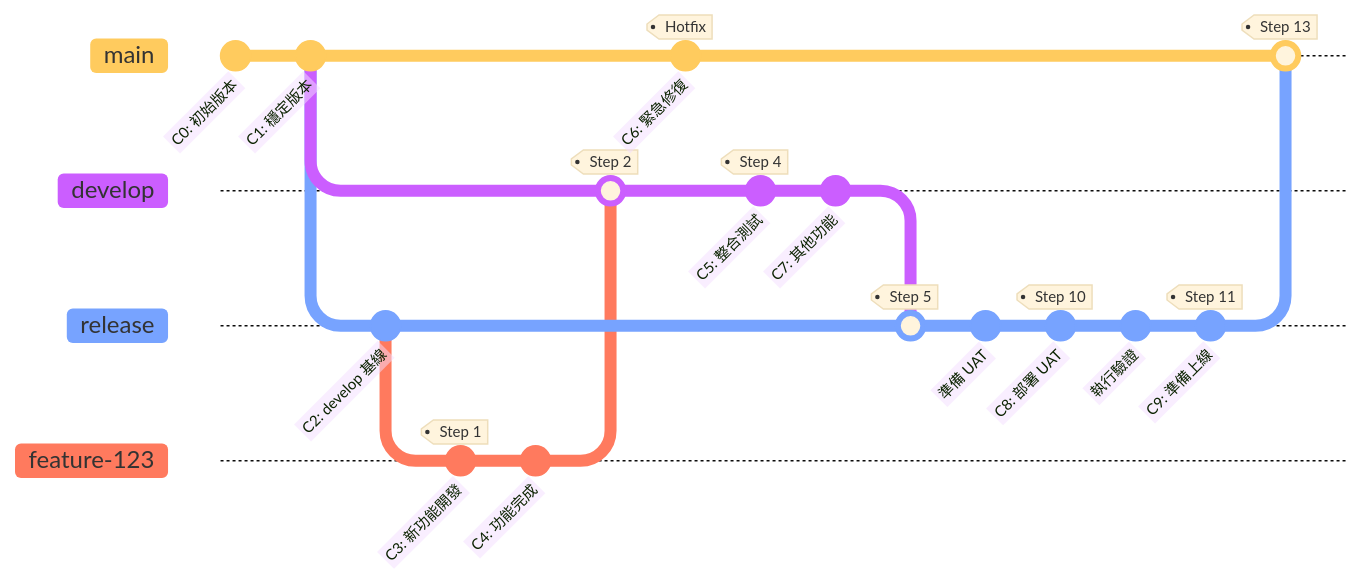
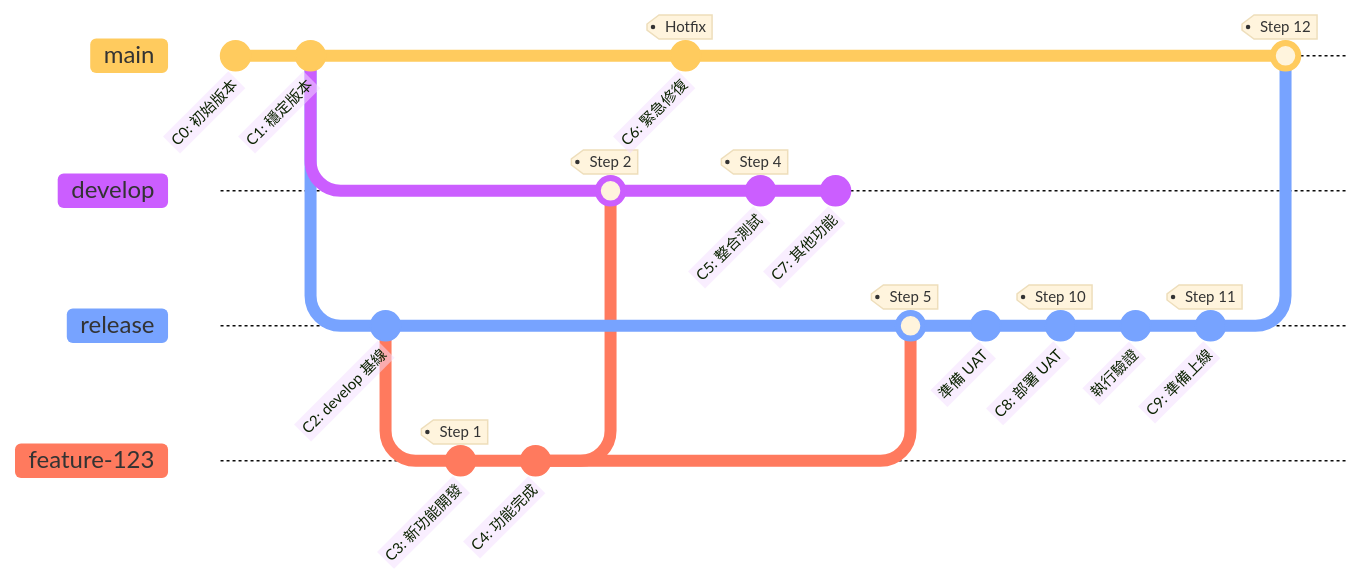
One commit to almightyken0425/KnowledgeVault changed the second of 2 diagrams in SIT/ReleaseWorkFlow.md. Above: the diagram before and after it, drawn with Mermaid.

````diff
--- a/SIT/ReleaseWorkFlow.md
+++ b/SIT/ReleaseWorkFlow.md
@@ -127,35 +127,36 @@
 ```mermaid
 %%{init: {'theme':'base', 'gitGraph': {'showCommitLabel': true, 'mainBranchName': 'main'}}}%%
 gitGraph
     commit id: "C0: 初始版本"
     commit id: "C1: 穩定版本"
     
     branch develop
     branch release
     commit id: "C2: develop 基線"
     
     checkout release
     branch feature-123
     commit id: "C3: 新功能開發" tag: "Step 1"
     commit id: "C4: 功能完成"
     
     checkout develop
     merge feature-123 tag: "Step 2"
     
     checkout main
     commit id: "C6: 緊急修復" tag: "Hotfix"
     
     checkout develop
     commit id: "C5: 整合測試" tag: "Step 4"
     commit id: "C7: 其他功能"
     
     checkout release
-    merge develop tag: "Step 5"
+    checkout release
+    merge feature-123 tag: "Step 5"
     commit id: "準備 UAT"
     commit id: "C8: 部署 UAT" tag: "Step 10"
     commit id: "執行驗證"
     commit id: "C9: 準備上線" tag: "Step 11"
     
     checkout main
-    merge release tag: "Step 13"
+    merge release tag: "Step 12"
 ```
````
